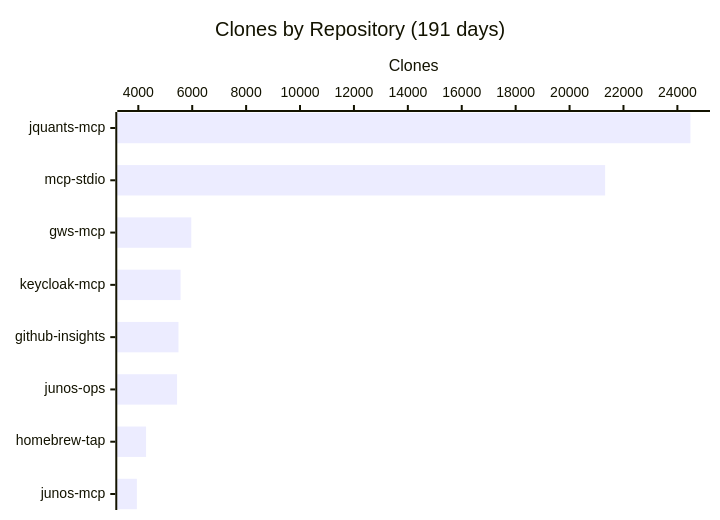
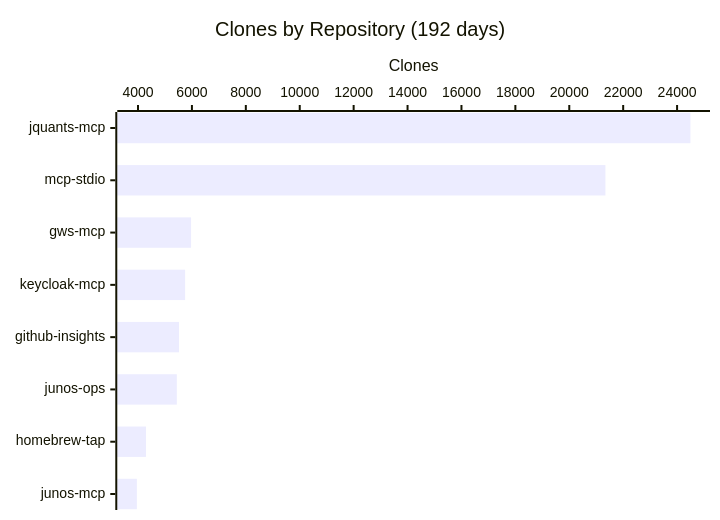
The fourth of 4 diagrams in README.md (shigechika/github-insights), drawn with Mermaid before and after one commit. The commit also changed other lines of this file and 2 other files, not shown here.

````diff
--- a/README.md
+++ b/README.md
@@ -58,7 +58,7 @@
 ```mermaid
 xychart-beta horizontal
-    title "Clones by Repository (191 days)"
+    title "Clones by Repository (192 days)"
     x-axis ["jquants-mcp", "mcp-stdio", "gws-mcp", "keycloak-mcp", "github-insights", "junos-ops", "homebrew-tap", "junos-mcp"]
     y-axis "Clones"
-    bar [24484, 21319, 5965, 5567, 5490, 5439, 4288, 3946]
+    bar [24495, 21341, 5968, 5747, 5519, 5440, 4295, 3957]
 ```
````
